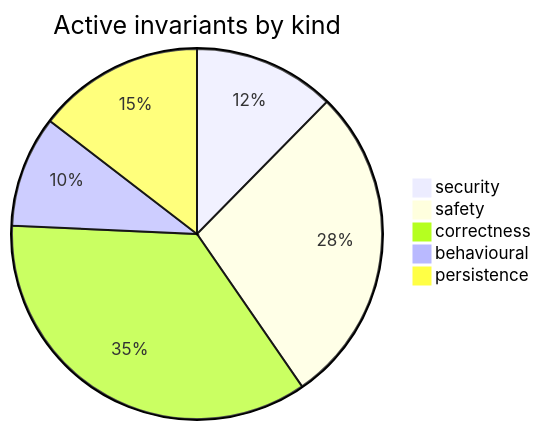
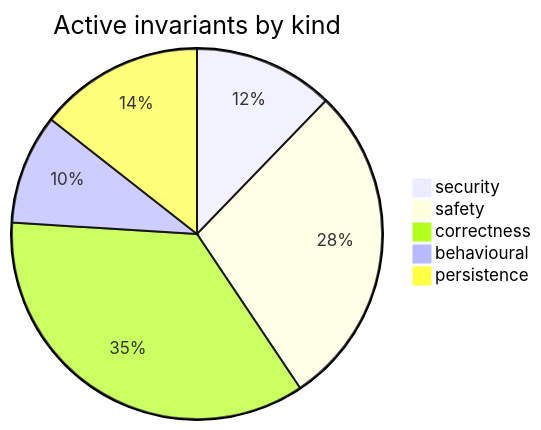
One commit to Lbstrydom/claude-engineering-skills changed the diagram in docs/requirements-map.md. Above: the diagram before and after it, drawn with Mermaid. The commit also changed other lines of this file and 85 other files, not shown here.

````diff
--- a/docs/requirements-map.md
+++ b/docs/requirements-map.md
@@ -7,8 +7,8 @@
 ```mermaid
 pie title Active invariants by kind
   "security" : 56
-  "safety" : 127
-  "correctness" : 160
+  "safety" : 130
+  "correctness" : 162
   "behavioural" : 44
   "persistence" : 66
 ```
````
